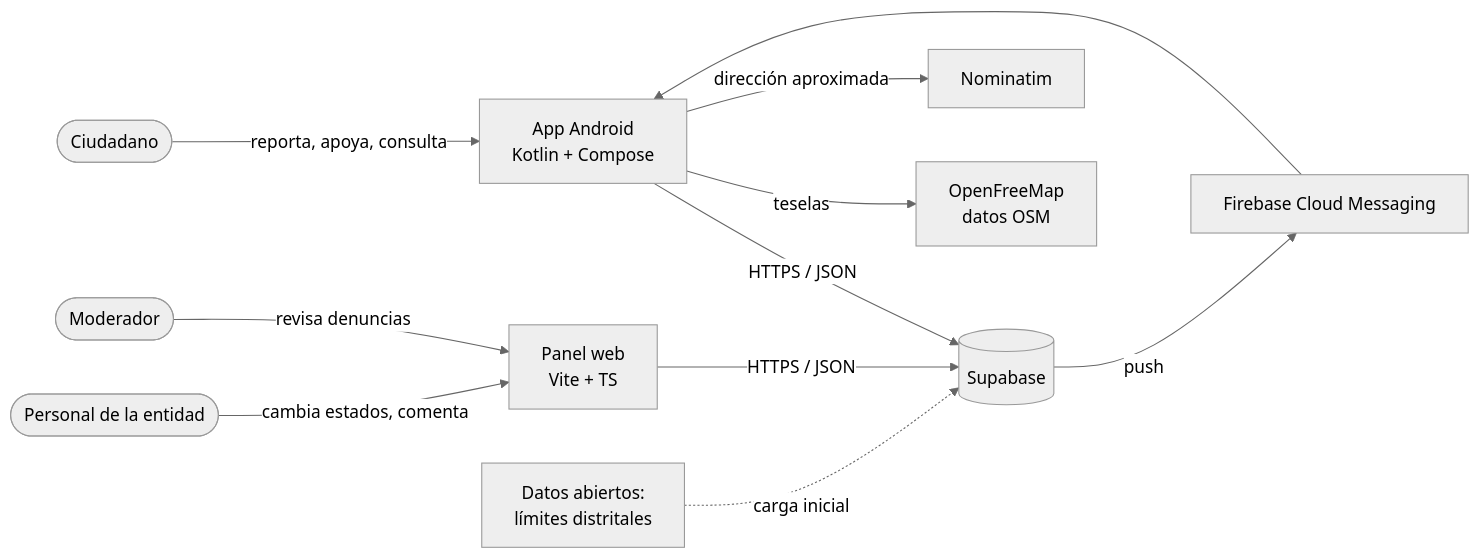
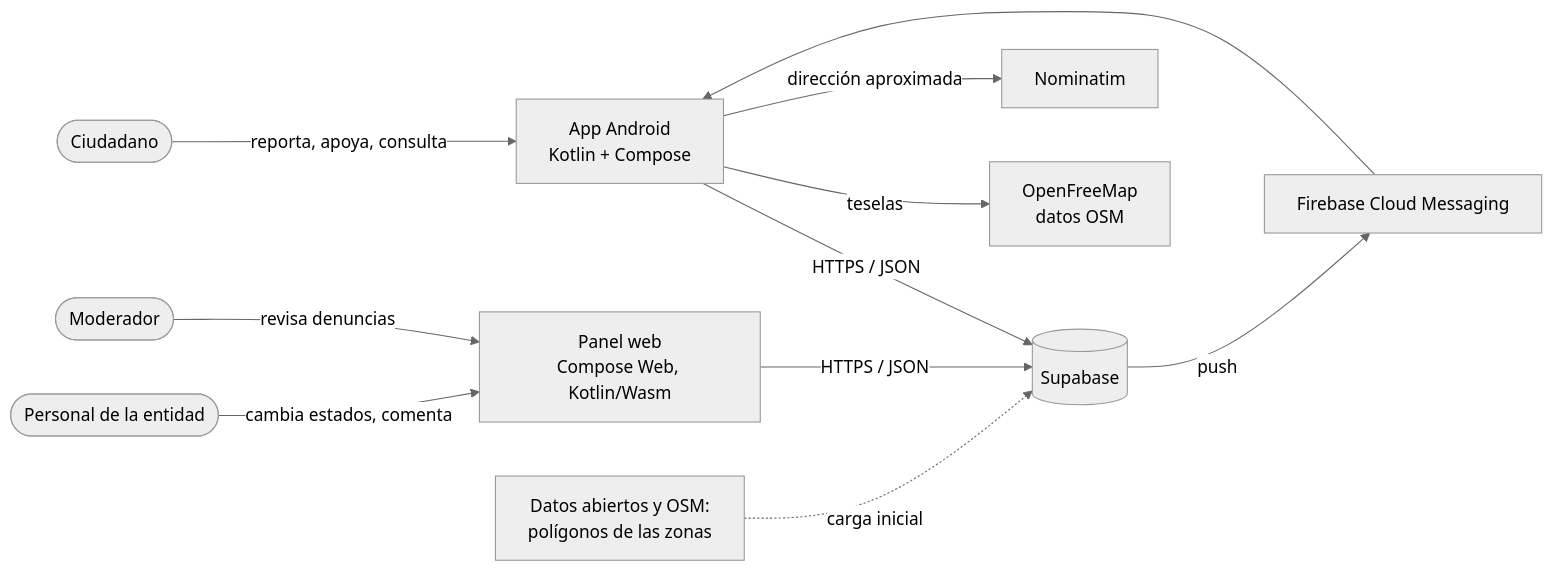
Before and after one commit to pieersx/app-civika: the first of 5 diagrams in docs/arquitectura.md, drawn with Mermaid (neutral theme). The commit also changed other lines of this file and 2 other files, not shown here.

Commit message:
docs: arquitectura en Kotlin Multiplatform y nuevas reglas

````diff
--- a/docs/arquitectura.md
+++ b/docs/arquitectura.md
@@ -26,13 +28,13 @@
 ```mermaid
 flowchart LR
   ciudadano([Ciudadano]) -->|reporta, apoya, consulta| app[App Android<br/>Kotlin + Compose]
-  personal([Personal de la entidad]) -->|cambia estados, comenta| panel[Panel web<br/>Vite + TS]
+  personal([Personal de la entidad]) -->|cambia estados, comenta| panel[Panel web<br/>Compose Web, Kotlin/Wasm]
   moderador([Moderador]) -->|revisa denuncias| panel
   app -->|HTTPS / JSON| supa[(Supabase)]
   panel -->|HTTPS / JSON| supa
   supa -->|push| fcm[Firebase Cloud Messaging]
   fcm --> app
   app -->|teselas| tiles[OpenFreeMap<br/>datos OSM]
   app -->|dirección aproximada| nomi[Nominatim]
-  datos[Datos abiertos:<br/>límites distritales] -. carga inicial .-> supa
+  datos[Datos abiertos y OSM:<br/>polígonos de las zonas] -. carga inicial .-> supa
 ```
````
